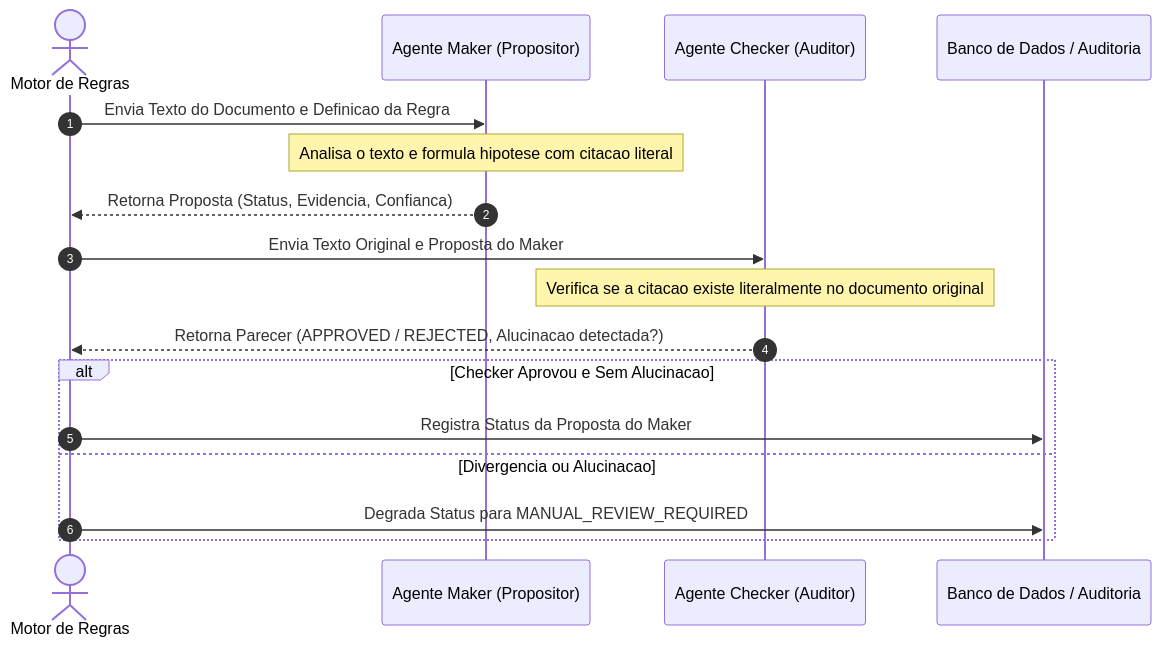
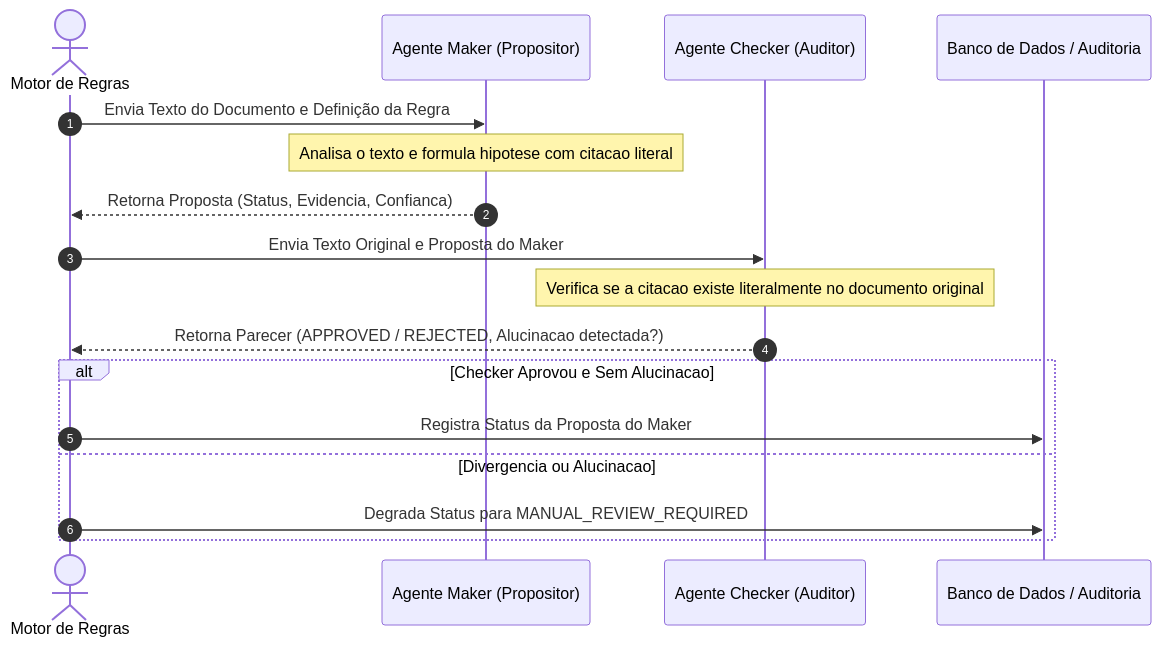
Before and after one commit to conformia-bndes/conformia-platform: the diagram in docs/engineering/harness-evals.md, drawn with Mermaid. The commit also changed other lines of this file and 21 other files, not shown here.

First line of the commit message:
docs: Refine documentation in requirements and sprints-roadmap

````diff
--- a/docs/engineering/harness-evals.md
+++ b/docs/engineering/harness-evals.md
@@ -11,22 +11,22 @@
 ```mermaid
 sequenceDiagram
     autonumber
     actor Engine as Motor de Regras
     participant Maker as Agente Maker (Propositor)
     participant Checker as Agente Checker (Auditor)
     participant Postgres as Banco de Dados / Auditoria
 
-    Engine->>Maker: Envia Texto do Documento e Definicao da Regra
+    Engine->>Maker: Envia Texto do Documento e Definição da Regra
     Note over Maker: Analisa o texto e formula hipotese com citacao literal
     Maker-->>Engine: Retorna Proposta (Status, Evidencia, Confianca)
-    
+
     Engine->>Checker: Envia Texto Original e Proposta do Maker
     Note over Checker: Verifica se a citacao existe literalmente no documento original
     Checker-->>Engine: Retorna Parecer (APPROVED / REJECTED, Alucinacao detectada?)
 
     alt Checker Aprovou e Sem Alucinacao
         Engine->>Postgres: Registra Status da Proposta do Maker
     else Divergencia ou Alucinacao
         Engine->>Postgres: Degrada Status para MANUAL_REVIEW_REQUIRED
     end
 ```
````
